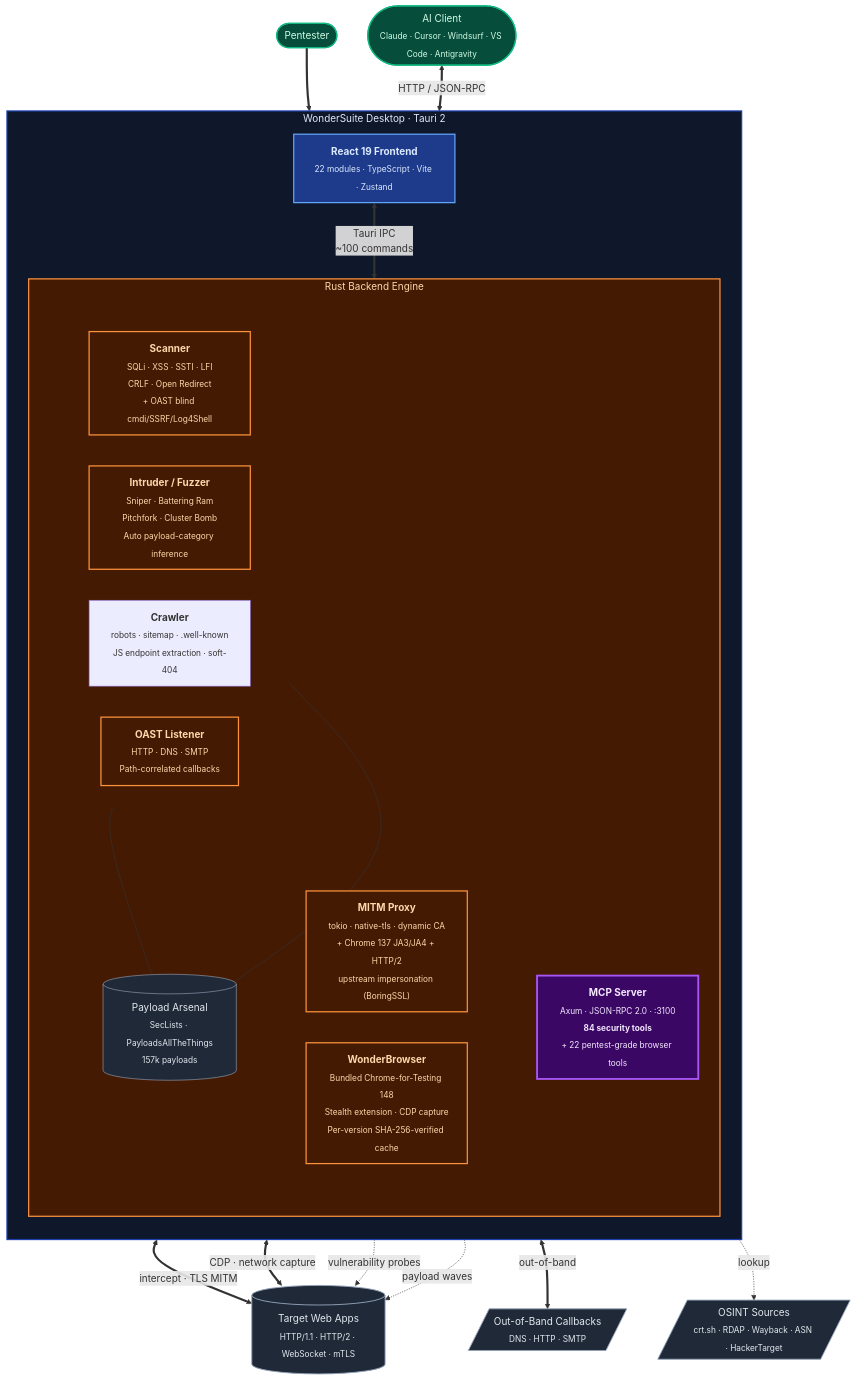
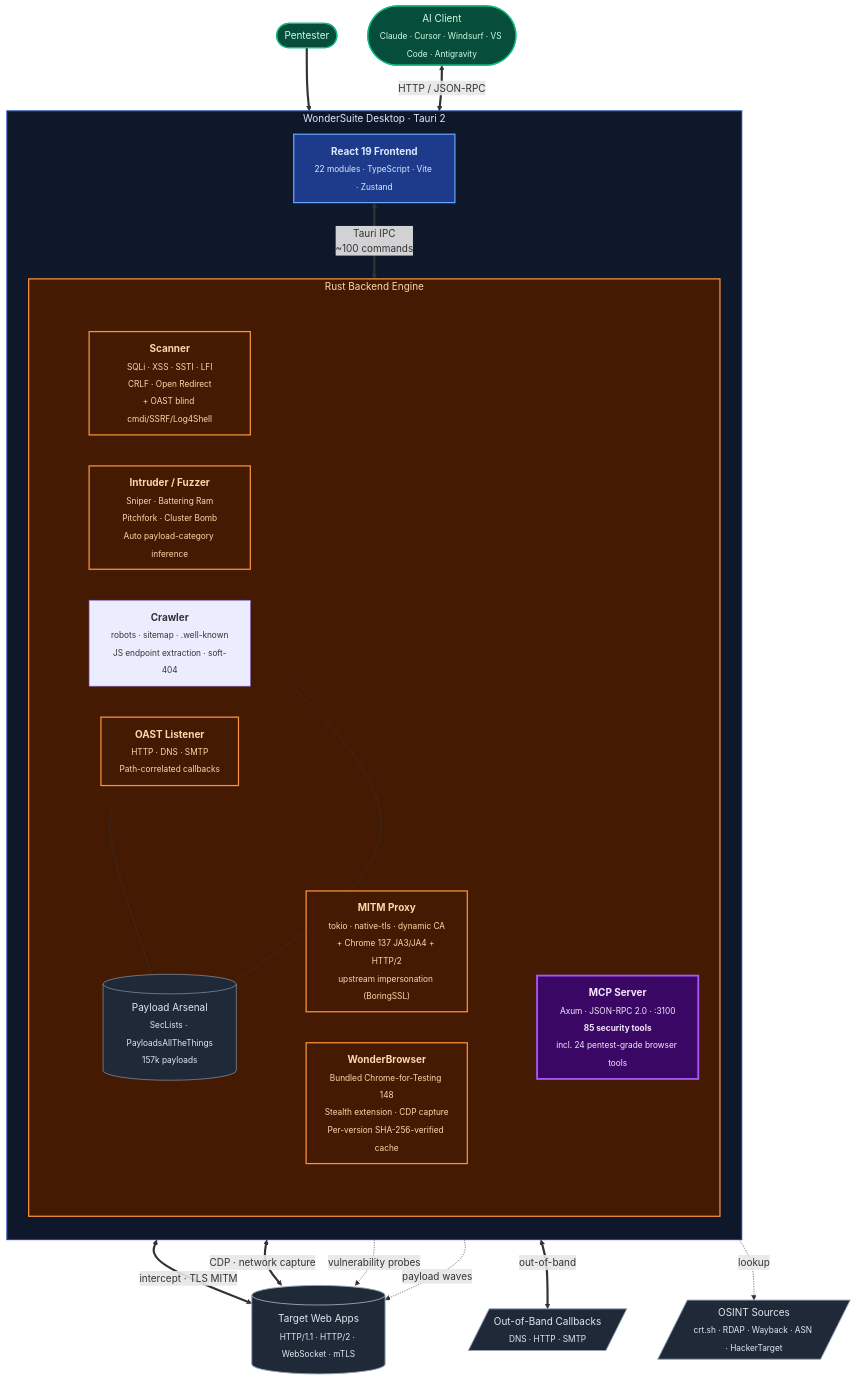
The second of 2 diagrams in README.md (sfr-development/WonderSuite-Ai-Bug-Bounty), drawn with Mermaid before and after one commit. The commit also changed other lines of this file and 1 other file, not shown here.

````diff
--- a/README.md
+++ b/README.md
@@ -181,69 +266,69 @@
 ```mermaid
 flowchart TB
     pentester(["Pentester"])
     ai(["AI Client<br/><sub>Claude · Cursor · Windsurf · VS Code · Antigravity</sub>"])
 
     subgraph DT["WonderSuite Desktop · Tauri 2"]
         direction TB
 
         FE["<b>React 19 Frontend</b><br/><sub>22 modules · TypeScript · Vite · Zustand</sub>"]
 
         FE <==>|"Tauri IPC<br/>~100 commands"| BE
 
         subgraph BE["Rust Backend Engine"]
             direction TB
 
             subgraph CORE[" "]
                 direction LR
                 Proxy["<b>MITM Proxy</b><br/><sub>tokio · native-tls · dynamic CA<br/>+ Chrome 137 JA3/JA4 + HTTP/2<br/>upstream impersonation (BoringSSL)</sub>"]
                 Browser["<b>WonderBrowser</b><br/><sub>Bundled Chrome-for-Testing 148<br/>Stealth extension · CDP capture<br/>Per-version SHA-256-verified cache</sub>"]
             end
 
             subgraph TOOLS[" "]
                 direction LR
                 Scanner["<b>Scanner</b><br/><sub>SQLi · XSS · SSTI · LFI<br/>CRLF · Open Redirect<br/>+ OAST blind cmdi/SSRF/Log4Shell</sub>"]
                 Intruder["<b>Intruder / Fuzzer</b><br/><sub>Sniper · Battering Ram<br/>Pitchfork · Cluster Bomb<br/>Auto payload-category inference</sub>"]
                 Crawler["<b>Crawler</b><br/><sub>robots · sitemap · .well-known<br/>JS endpoint extraction · soft-404</sub>"]
                 OAST["<b>OAST Listener</b><br/><sub>HTTP · DNS · SMTP<br/>Path-correlated callbacks</sub>"]
             end
 
-            MCP["<b>MCP Server</b><br/><sub>Axum · JSON-RPC 2.0 · :3100<br/><b>84 security tools</b><br/>+ 22 pentest-grade browser tools</sub>"]
+            MCP["<b>MCP Server</b><br/><sub>Axum · JSON-RPC 2.0 · :3100<br/><b>85 security tools</b><br/>incl. 24 pentest-grade browser tools</sub>"]
 
             Payloads[("Payload Arsenal<br/><sub>SecLists · PayloadsAllTheThings<br/>157k payloads</sub>")]
         end
     end
 
     target[("Target Web Apps<br/><sub>HTTP/1.1 · HTTP/2 · WebSocket · mTLS</sub>")]
     osint[/"OSINT Sources<br/><sub>crt.sh · RDAP · Wayback · ASN · HackerTarget</sub>"/]
     callbacks[/"Out-of-Band Callbacks<br/><sub>DNS · HTTP · SMTP</sub>"/]
 
     pentester ==> FE
     ai <==>|"HTTP / JSON-RPC"| MCP
 
     Proxy <==>|"intercept · TLS MITM"| target
     Browser <==>|"CDP · network capture"| target
     Scanner -.->|"vulnerability probes"| target
     Intruder -.->|"payload waves"| target
     OAST <==>|"out-of-band"| callbacks
     MCP -.->|"lookup"| osint
     Scanner --- Payloads
     Intruder --- Payloads
 
     classDef person fill:#064e3b,stroke:#10b981,stroke-width:2px,color:#d1fae5
     classDef desktop fill:#0f172a,stroke:#1e40af,stroke-width:2px,color:#e0e7ff
     classDef frontend fill:#1e3a8a,stroke:#60a5fa,stroke-width:2px,color:#dbeafe
     classDef engine fill:#451a03,stroke:#fb923c,stroke-width:2px,color:#fed7aa
     classDef mcp fill:#3b0764,stroke:#a855f7,stroke-width:3px,color:#f3e8ff
     classDef payload fill:#1f2937,stroke:#94a3b8,stroke-width:1px,color:#e2e8f0
     classDef external fill:#1f2937,stroke:#94a3b8,stroke-width:1.5px,color:#e2e8f0
     classDef hidden fill:transparent,stroke:transparent
 
     class pentester,ai person
     class DT desktop
     class FE frontend
     class BE,Proxy,Browser,Scanner,Intruder,OAST engine
     class MCP mcp
     class Payloads payload
     class target,osint,callbacks external
     class CORE,TOOLS hidden
 ```
````
